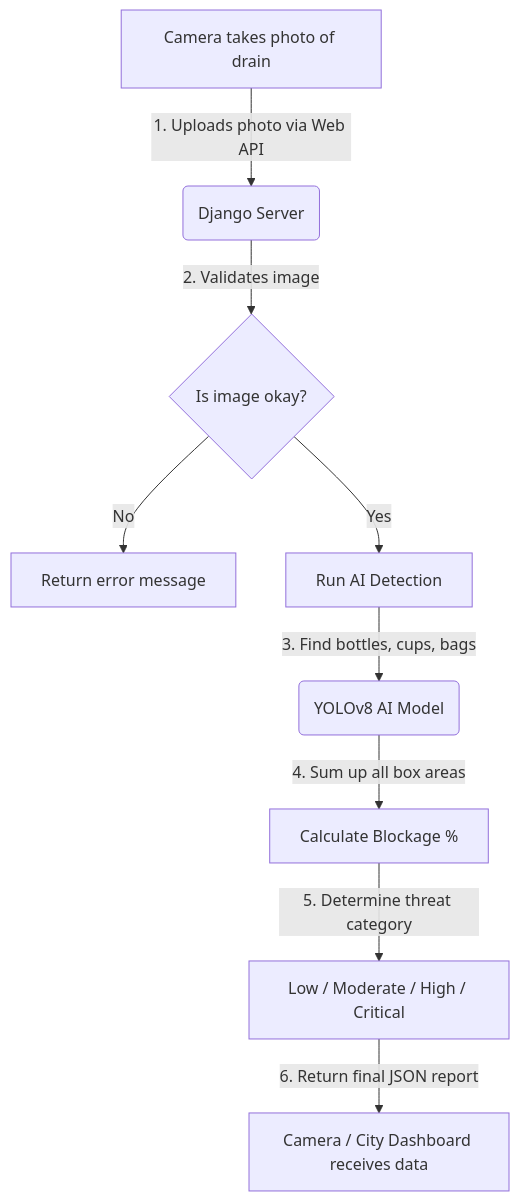
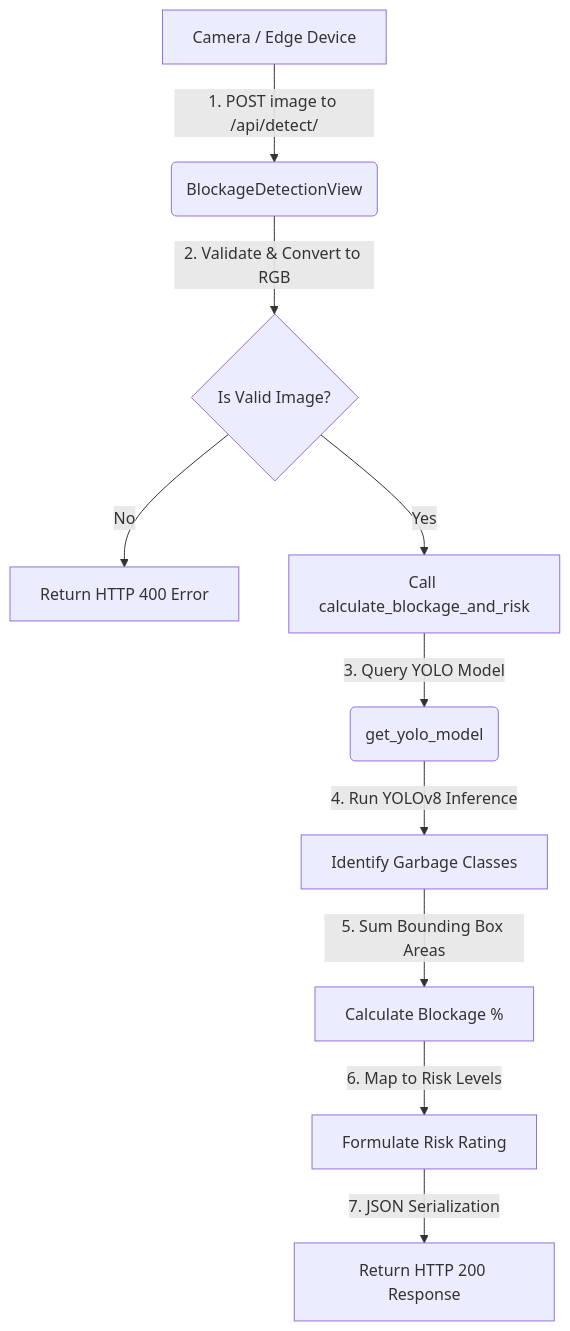
The diagram in PROGRESS_REPORT.md (AlphaPhoenix18/IntelliDRAIN), drawn with Mermaid before and after one commit. The commit also changed other lines of this file, not shown here.

Commit message:
docs: clean up and professionalize progress report

````diff
--- a/PROGRESS_REPORT.md
+++ b/PROGRESS_REPORT.md
@@ -53,11 +46,12 @@
 ```mermaid
 graph TD
-    A[Camera takes photo of drain] -->|1. Uploads photo via Web API| B(Django Server)
-    B -->|2. Validates image| C{Is image okay?}
-    C -->|No| D[Return error message]
-    C -->|Yes| E[Run AI Detection]
-    E -->|3. Find bottles, cups, bags| F(YOLOv8 AI Model)
-    F -->|4. Sum up all box areas| G[Calculate Blockage %]
-    G -->|5. Determine threat category| H[Low / Moderate / High / Critical]
-    H -->|6. Return final JSON report| I[Camera / City Dashboard receives data]
+    A[Camera / Edge Device] -->|1. POST image to /api/detect/| B(BlockageDetectionView)
+    B -->|2. Validate & Convert to RGB| C{Is Valid Image?}
+    C -->|No| D[Return HTTP 400 Error]
+    C -->|Yes| E[Call calculate_blockage_and_risk]
+    E -->|3. Query YOLO Model| F(get_yolo_model)
+    F -->|4. Run YOLOv8 Inference| G[Identify Garbage Classes]
+    G -->|5. Sum Bounding Box Areas| H[Calculate Blockage %]
+    H -->|6. Map to Risk Levels| I[Formulate Risk Rating]
+    I -->|7. JSON Serialization| J[Return HTTP 200 Response]
 ```
````
